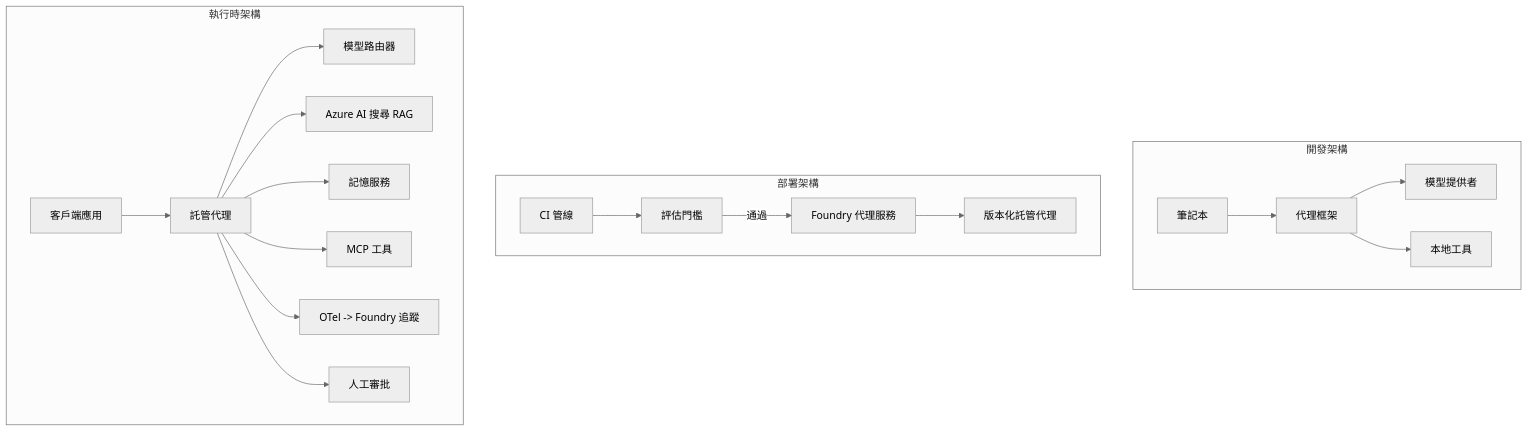
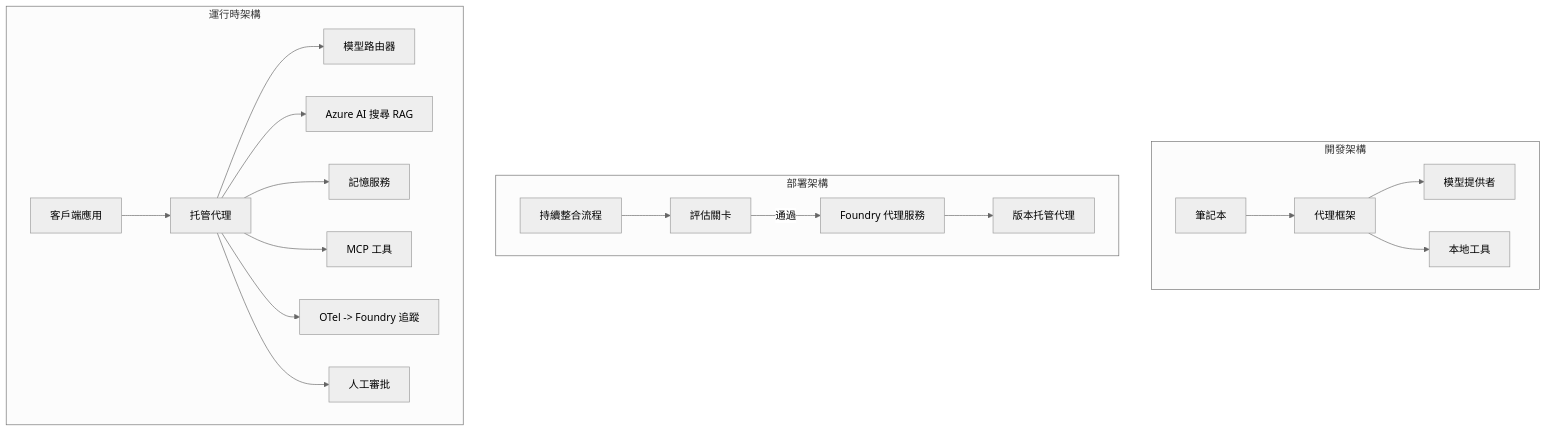
The fourth of 4 diagrams in mirrors/repos/microsoft@ai-agents-for-beginners/translations/zh-HK/16-deploying-scalable-agents/README.md (gabrielmoreira/agent-skills-mirror), drawn with Mermaid (neutral theme) before and after one commit. The commit also changed other lines of this file and 4262 other files, not shown here.

````diff
--- a/mirrors/repos/microsoft@ai-agents-for-beginners/translations/zh-HK/16-deploying-scalable-agents/README.md
+++ b/mirrors/repos/microsoft@ai-agents-for-beginners/translations/zh-HK/16-deploying-scalable-agents/README.md
@@ -185,22 +185,22 @@
 ```mermaid
 flowchart TB
     subgraph Dev[開發架構]
         D1[筆記本] --> D2[代理框架]
         D2 --> D3[模型提供者]
         D2 --> D4[本地工具]
     end
     subgraph Deploy[部署架構]
-        E1[CI 管線] --> E2[評估門檻]
+        E1[持續整合流程] --> E2[評估關卡]
         E2 -->|通過| E3[Foundry 代理服務]
-        E3 --> E4[版本化託管代理]
+        E3 --> E4[版本托管代理]
     end
-    subgraph Run[執行時架構]
-        F1[客戶端應用] --> F2[託管代理]
+    subgraph Run[運行時架構]
+        F1[客戶端應用] --> F2[托管代理]
         F2 --> F3[模型路由器]
         F2 --> F4[Azure AI 搜尋 RAG]
         F2 --> F5[記憶服務]
         F2 --> F6[MCP 工具]
         F2 --> F7[OTel -> Foundry 追蹤]
         F2 --> F8[人工審批]
     end
 ```
````
